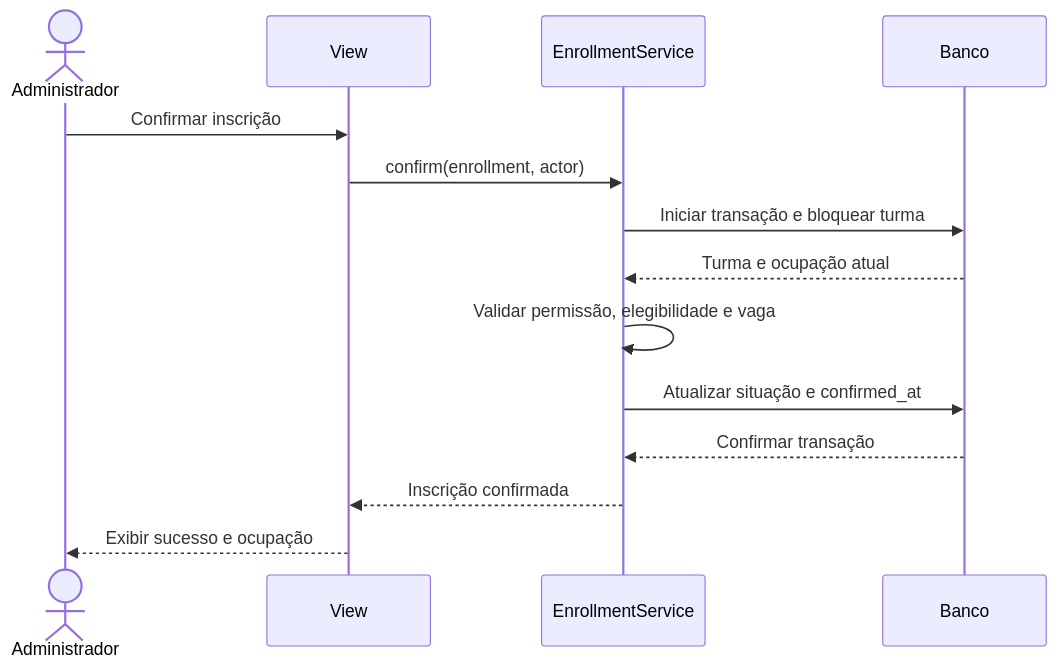
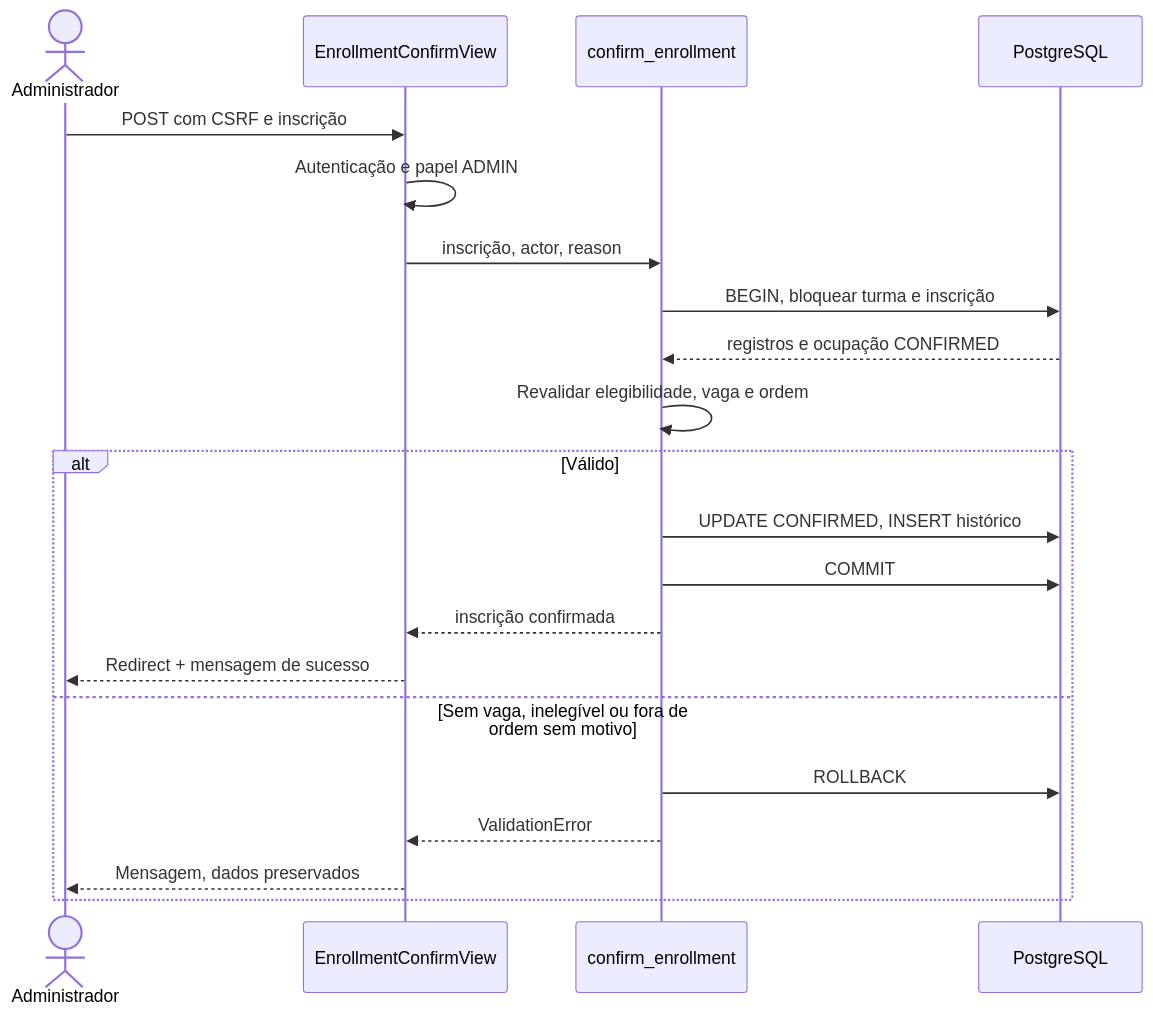
One commit to RafhaelH/projeto-integrador-ii-codigo-do-futuro changed the fifth of 9 diagrams in docs/03-modelagem/diagramas.md. Above: the diagram before and after it, drawn with Mermaid. The commit also changed other lines of this file and 66 other files, not shown here.

````diff
--- a/docs/03-modelagem/diagramas.md
+++ b/docs/03-modelagem/diagramas.md
@@ -56,17 +193,23 @@
 ```mermaid
 sequenceDiagram
     actor A as Administrador
-    participant V as View
-    participant S as EnrollmentService
-    participant D as Banco
-
-    A->>V: Confirmar inscrição
-    V->>S: confirm(enrollment, actor)
-    S->>D: Iniciar transação e bloquear turma
-    D-->>S: Turma e ocupação atual
-    S->>S: Validar permissão, elegibilidade e vaga
-    S->>D: Atualizar situação e confirmed_at
-    D-->>S: Confirmar transação
-    S-->>V: Inscrição confirmada
-    V-->>A: Exibir sucesso e ocupação
+    participant V as EnrollmentConfirmView
+    participant S as confirm_enrollment
+    participant DB as PostgreSQL
+    A->>V: POST com CSRF e inscrição
+    V->>V: Autenticação e papel ADMIN
+    V->>S: inscrição, actor, reason
+    S->>DB: BEGIN, bloquear turma e inscrição
+    DB-->>S: registros e ocupação CONFIRMED
+    S->>S: Revalidar elegibilidade, vaga e ordem
+    alt Válido
+        S->>DB: UPDATE CONFIRMED, INSERT histórico
+        S->>DB: COMMIT
+        S-->>V: inscrição confirmada
+        V-->>A: Redirect + mensagem de sucesso
+    else Sem vaga, inelegível ou fora de ordem sem motivo
+        S->>DB: ROLLBACK
+        S-->>V: ValidationError
+        V-->>A: Mensagem, dados preservados
+    end
 ```
````
